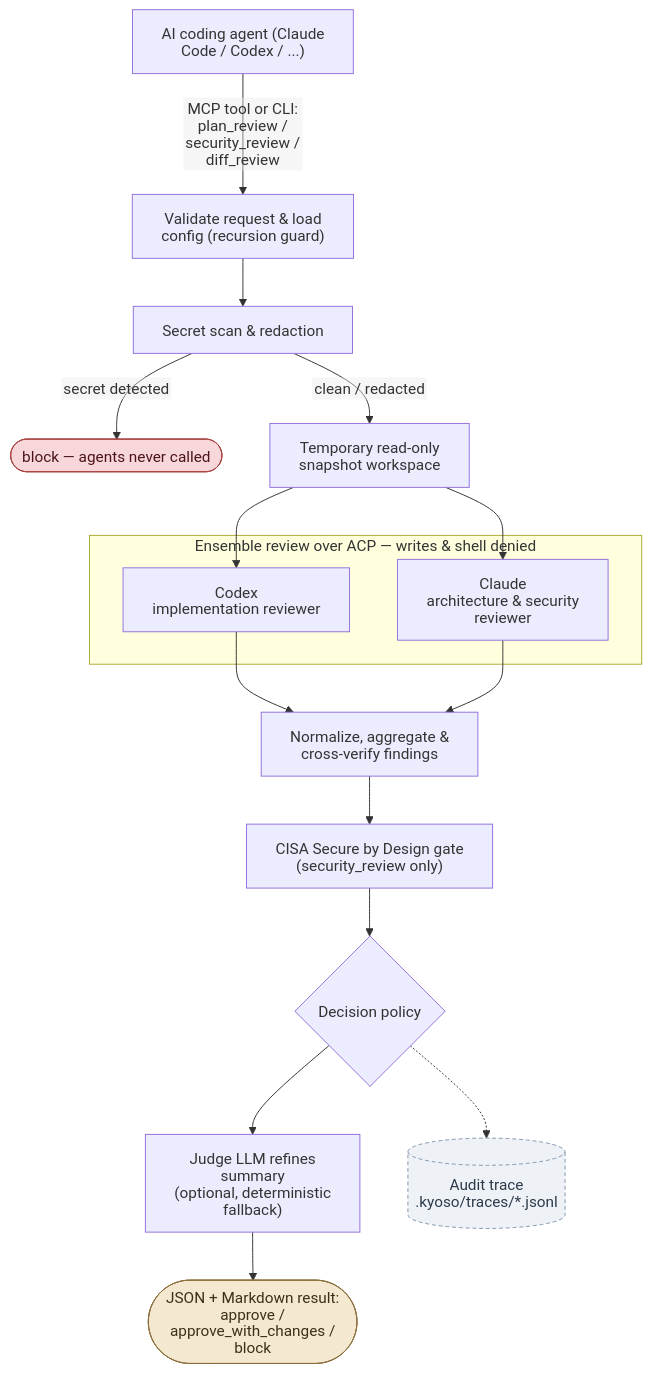
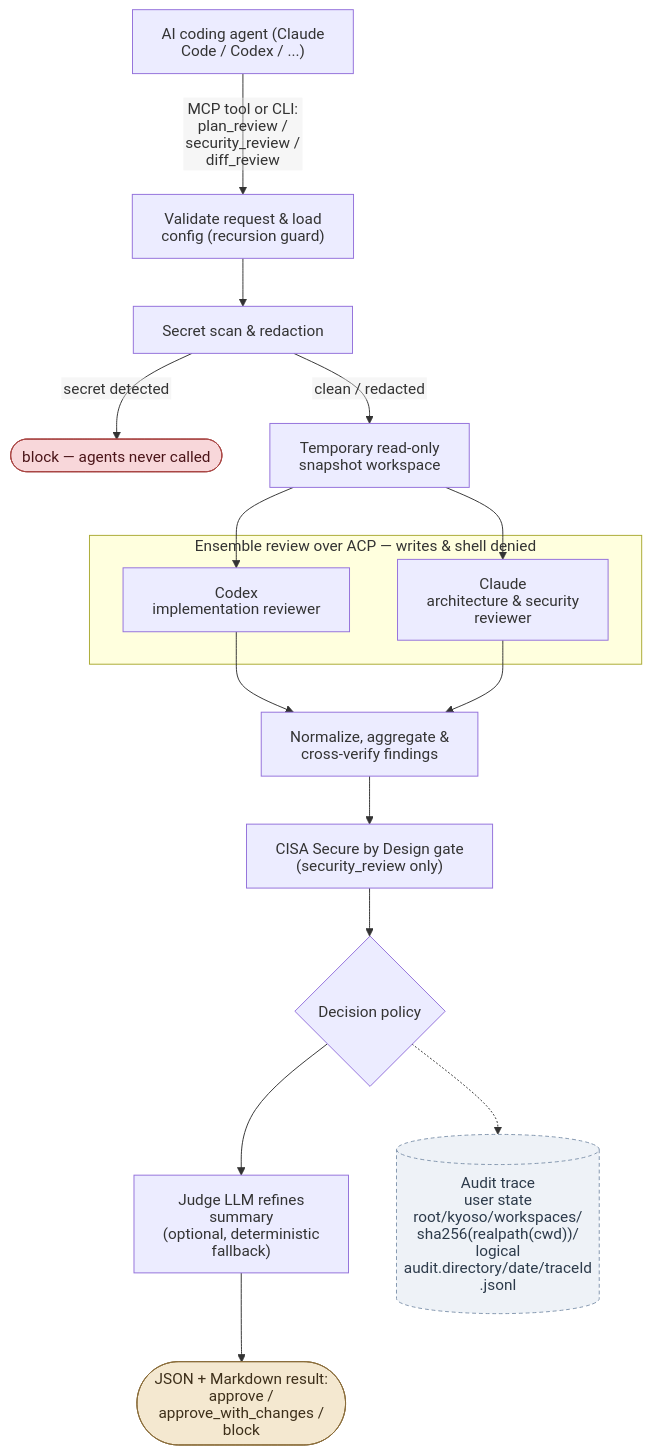
The diagram in docs/assets/kyoso-review-flow.en.mmd (hokupod/kyoso), drawn with Mermaid before and after one commit. The commit also changed 26 other files, not shown here.

```diff
--- a/docs/assets/kyoso-review-flow.en.mmd
+++ b/docs/assets/kyoso-review-flow.en.mmd
@@ -1,33 +1,33 @@
 %% Review execution flow (English)
 %% Regenerate SVG: bunx -p @mermaid-js/mermaid-cli mmdc -i docs/assets/kyoso-review-flow.en.mmd -o docs/assets/kyoso-review-flow.en.svg -b white
 %%{init: {"htmlLabels": false, "flowchart": {"htmlLabels": false}} }%%
 flowchart TD
     Client["AI coding agent (Claude Code / Codex / ...)"]
     Client -->|"MCP tool or CLI:<br/>plan_review / security_review / diff_review"| Validate
 
     Validate["Validate request & load config (recursion guard)"] --> Scan["Secret scan & redaction"]
     Scan -->|"secret detected"| Blocked(["block — agents never called"])
     Scan -->|"clean / redacted"| Snapshot["Temporary read-only snapshot workspace"]
 
     subgraph Ensemble["Ensemble review over ACP — writes & shell denied"]
         Codex["Codex<br/>implementation reviewer"]
         Claude["Claude<br/>architecture & security reviewer"]
     end
 
     Snapshot --> Codex
     Snapshot --> Claude
     Codex --> Aggregate
     Claude --> Aggregate
 
     Aggregate["Normalize, aggregate & cross-verify findings"] --> Cisa["CISA Secure by Design gate<br/>(security_review only)"]
     Cisa --> Decision{"Decision policy"}
     Decision --> Judge["Judge LLM refines summary<br/>(optional, deterministic fallback)"]
     Judge --> Result(["JSON + Markdown result:<br/>approve / approve_with_changes / block"])
-    Decision -.-> Trace[("Audit trace<br/>.kyoso/traces/*.jsonl")]
+    Decision -.-> Trace[("Audit trace<br/>user state root/kyoso/workspaces/<br/>sha256(realpath(cwd))/<br/>logical audit.directory/date/traceId.jsonl")]
 
     classDef terminal fill:#f4e8d0,stroke:#8a6d3b,color:#3d2f1a
     classDef blocked fill:#f8d7da,stroke:#a94442,color:#4a1418
     classDef side fill:#eef2f7,stroke:#8195ad,color:#2c3a4a,stroke-dasharray: 4 3
     class Result terminal
     class Blocked blocked
     class Trace side
```
